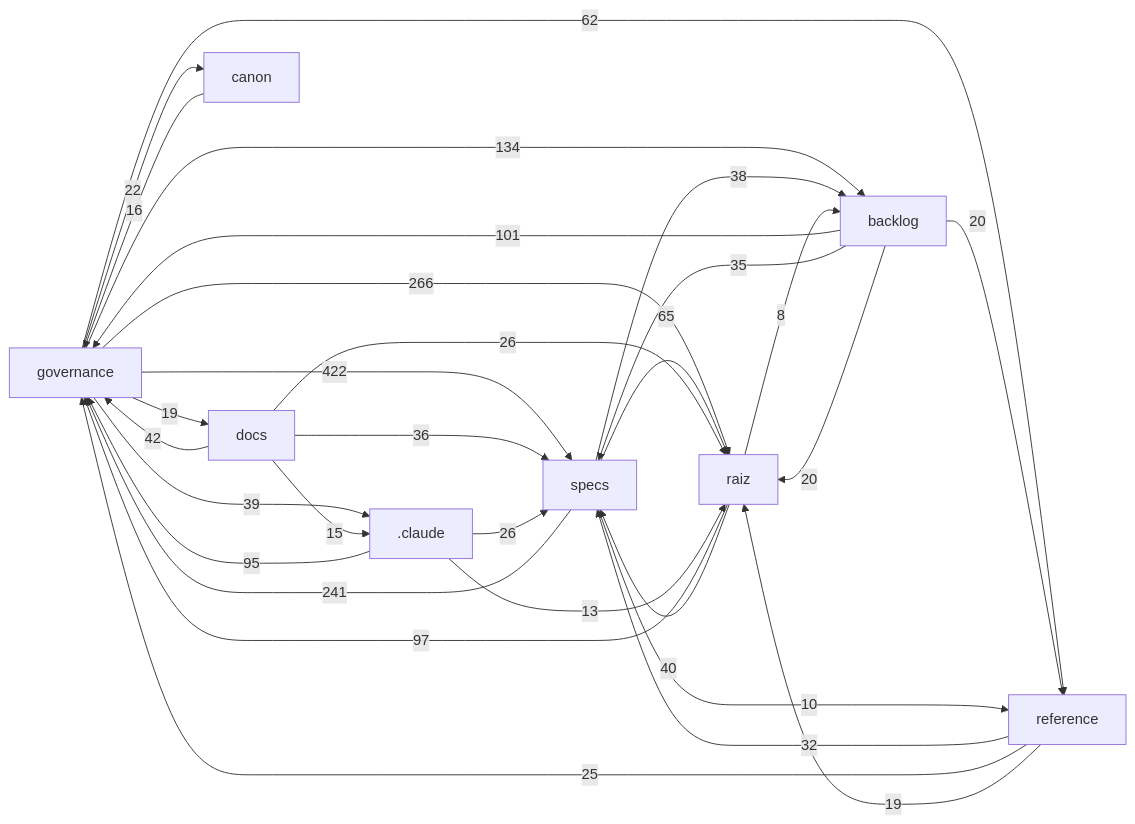
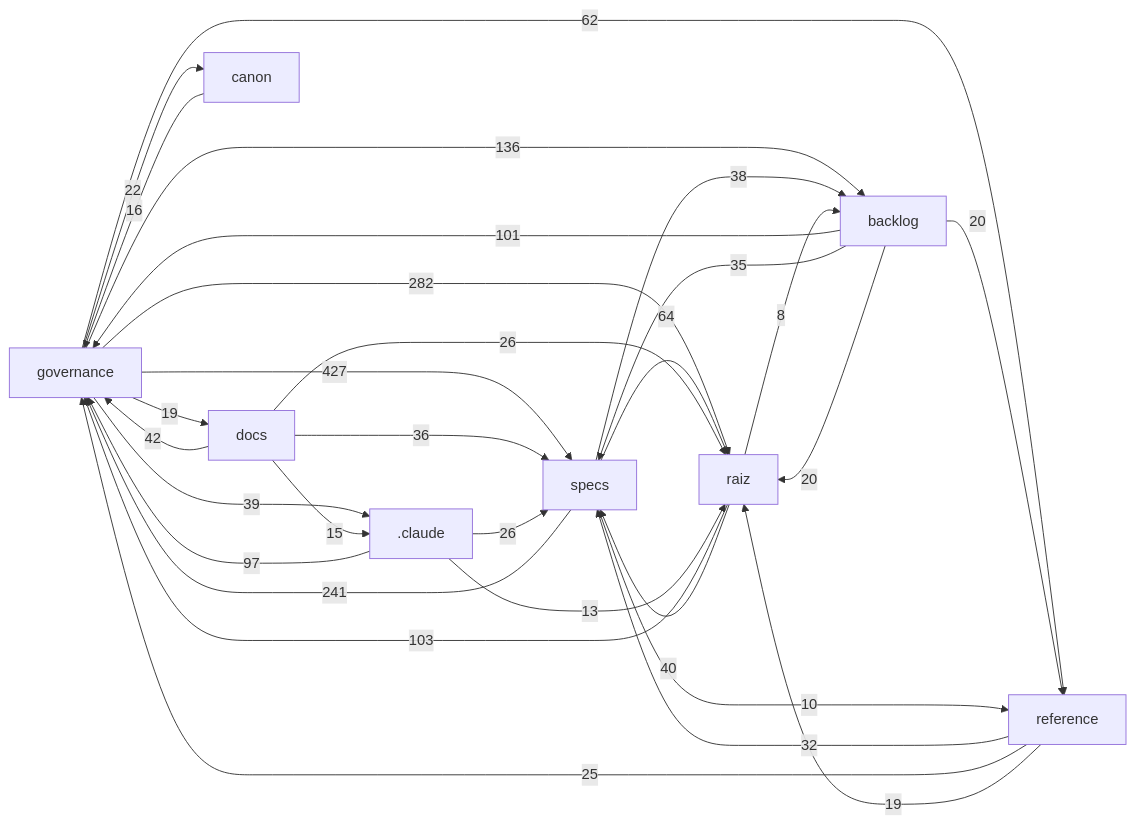
Before and after one commit to Andraus35/Sistema-Operacional-de-Trading--SOT: the diagram in docs/mapa/MAPA-PROJETO.md, drawn with Mermaid. The commit also changed other lines of this file and 19 other files, not shown here.

````diff
--- a/docs/mapa/MAPA-PROJETO.md
+++ b/docs/mapa/MAPA-PROJETO.md
@@ -29,32 +30,32 @@
 ```mermaid
 flowchart LR
-  governance["governance"] -->|422| specs["specs"]
-  governance["governance"] -->|266| raiz["raiz"]
+  governance["governance"] -->|427| specs["specs"]
+  governance["governance"] -->|282| raiz["raiz"]
   specs["specs"] -->|241| governance["governance"]
-  governance["governance"] -->|134| backlog["backlog"]
+  governance["governance"] -->|136| backlog["backlog"]
+  raiz["raiz"] -->|103| governance["governance"]
   backlog["backlog"] -->|101| governance["governance"]
-  raiz["raiz"] -->|97| governance["governance"]
-  _claude[".claude"] -->|95| governance["governance"]
-  specs["specs"] -->|65| raiz["raiz"]
+  _claude[".claude"] -->|97| governance["governance"]
+  specs["specs"] -->|64| raiz["raiz"]
   governance["governance"] -->|62| reference["reference"]
   docs["docs"] -->|42| governance["governance"]
   raiz["raiz"] -->|40| specs["specs"]
   governance["governance"] -->|39| _claude[".claude"]
   specs["specs"] -->|38| backlog["backlog"]
   docs["docs"] -->|36| specs["specs"]
   backlog["backlog"] -->|35| specs["specs"]
   reference["reference"] -->|32| specs["specs"]
   _claude[".claude"] -->|26| specs["specs"]
   docs["docs"] -->|26| raiz["raiz"]
   reference["reference"] -->|25| governance["governance"]
   governance["governance"] -->|22| canon["canon"]
   backlog["backlog"] -->|20| raiz["raiz"]
   backlog["backlog"] -->|20| reference["reference"]
   governance["governance"] -->|19| docs["docs"]
   reference["reference"] -->|19| raiz["raiz"]
   canon["canon"] -->|16| governance["governance"]
   docs["docs"] -->|15| _claude[".claude"]
   _claude[".claude"] -->|13| raiz["raiz"]
   specs["specs"] -->|10| reference["reference"]
   raiz["raiz"] -->|8| backlog["backlog"]
 ```
````
